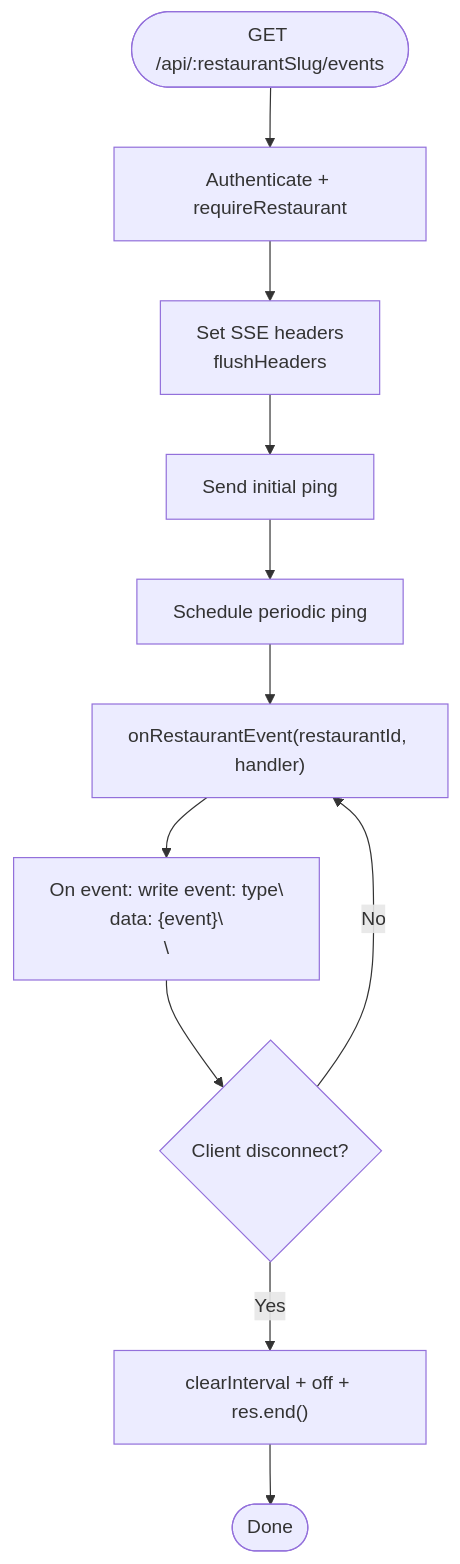
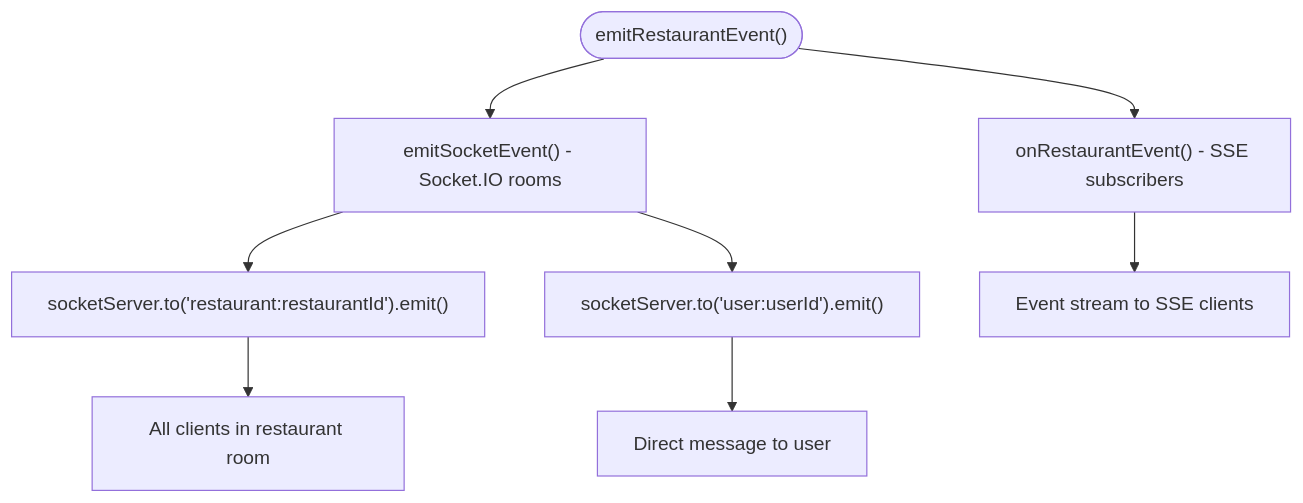
Before and after one commit to Dequeue-Tech/DeQ-Bite: the fourth of 6 diagrams in .qoder/repowiki/en/content/Backend System/Utility Libraries/Real-time Communication.md, drawn with Mermaid. The commit also changed other lines of this file and 25 other files, not shown here.

````diff
--- a/.qoder/repowiki/en/content/Backend System/Utility Libraries/Real-time Communication.md
+++ b/.qoder/repowiki/en/content/Backend System/Utility Libraries/Real-time Communication.md
@@ -165,13 +214,10 @@
 ```mermaid
 flowchart TD
-Start(["GET /api/:restaurantSlug/events"]) --> Auth["Authenticate + requireRestaurant"]
-Auth --> Headers["Set SSE headers<br/>flushHeaders"]
-Headers --> Ping["Send initial ping"]
-Ping --> KeepAlive["Schedule periodic ping"]
-KeepAlive --> Listen["onRestaurantEvent(restaurantId, handler)"]
-Listen --> OnEvent["On event: write event: type\\ndata: {event}\\n\\n"]
-OnEvent --> Close{"Client disconnect?"}
-Close --> |No| Listen
-Close --> |Yes| Cleanup["clearInterval + off + res.end()"]
-Cleanup --> End(["Done"])
+Start(["emitRestaurantEvent()"]) --> SSE["onRestaurantEvent() - SSE subscribers"]
+Start --> Socket["emitSocketEvent() - Socket.IO rooms"]
+Socket --> Room["socketServer.to('restaurant:restaurantId').emit()"]
+Socket --> User["socketServer.to('user:userId').emit()"]
+SSE --> Stream["Event stream to SSE clients"]
+Room --> Clients["All clients in restaurant room"]
+User --> Direct["Direct message to user"]
 ```
````
